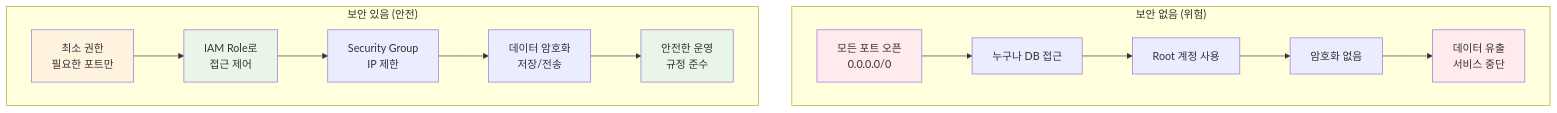
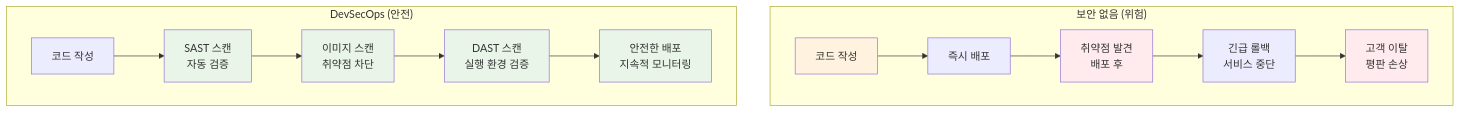
Before and after one commit to niceguy61/kdt_devops_lecture_2025: the first of 5 diagrams in theory/week_05/day5/session_4.md, drawn with Mermaid. The commit also changed other lines of this file, not shown here.

````diff
--- a/theory/week_05/day5/session_4.md
+++ b/theory/week_05/day5/session_4.md
@@ -34,22 +34,24 @@
 ```mermaid
 graph TB
     subgraph "보안 없음 (위험)"
-        A1[모든 포트 오픈<br/>0.0.0.0/0] --> B1[누구나 DB 접근]
-        B1 --> C1[Root 계정 사용]
-        C1 --> D1[암호화 없음]
-        D1 --> E1[데이터 유출<br/>서비스 중단]
+        A1[코드 작성] --> B1[즉시 배포]
+        B1 --> C1[취약점 발견<br/>배포 후]
+        C1 --> D1[긴급 롤백<br/>서비스 중단]
+        D1 --> E1[고객 이탈<br/>평판 손상]
     end
     
-    subgraph "보안 있음 (안전)"
-        A2[최소 권한<br/>필요한 포트만] --> B2[IAM Role로<br/>접근 제어]
-        B2 --> C2[Security Group<br/>IP 제한]
-        C2 --> D2[데이터 암호화<br/>저장/전송]
-        D2 --> E2[안전한 운영<br/>규정 준수]
+    subgraph "DevSecOps (안전)"
+        A2[코드 작성] --> B2[SAST 스캔<br/>자동 검증]
+        B2 --> C2[이미지 스캔<br/>취약점 차단]
+        C2 --> D2[DAST 스캔<br/>실행 환경 검증]
+        D2 --> E2[안전한 배포<br/>지속적 모니터링]
     end
     
-    style A1 fill:#ffebee
+    style A1 fill:#fff3e0
+    style C1 fill:#ffebee
     style E1 fill:#ffebee
-    style A2 fill:#fff3e0
     style B2 fill:#e8f5e8
+    style C2 fill:#e8f5e8
+    style D2 fill:#e8f5e8
     style E2 fill:#e8f5e8
 ```
````
